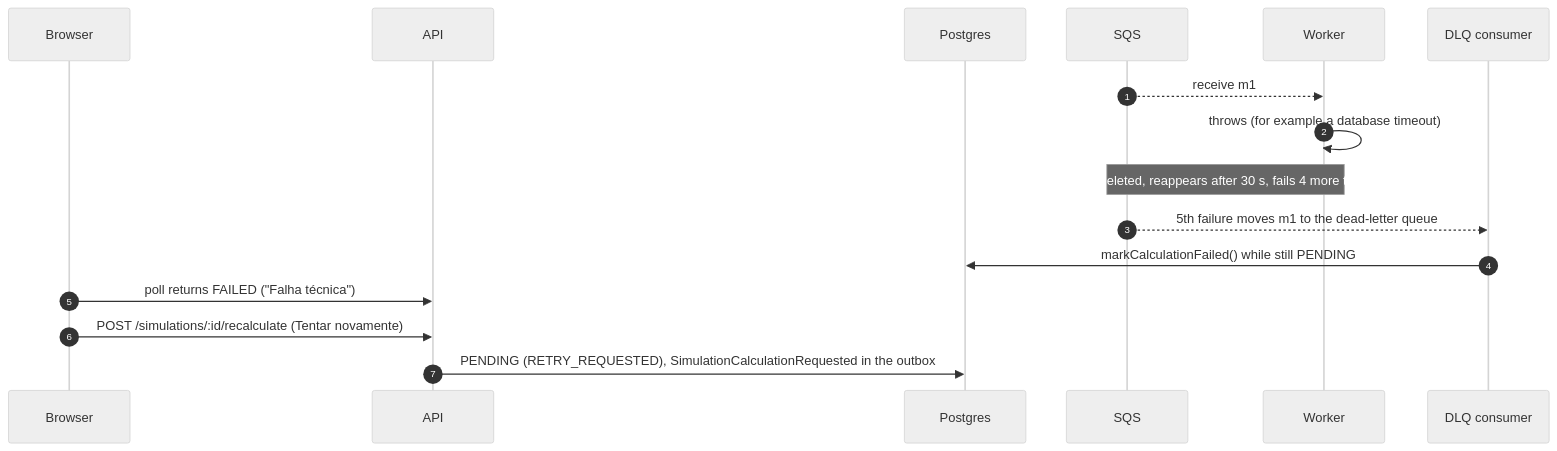
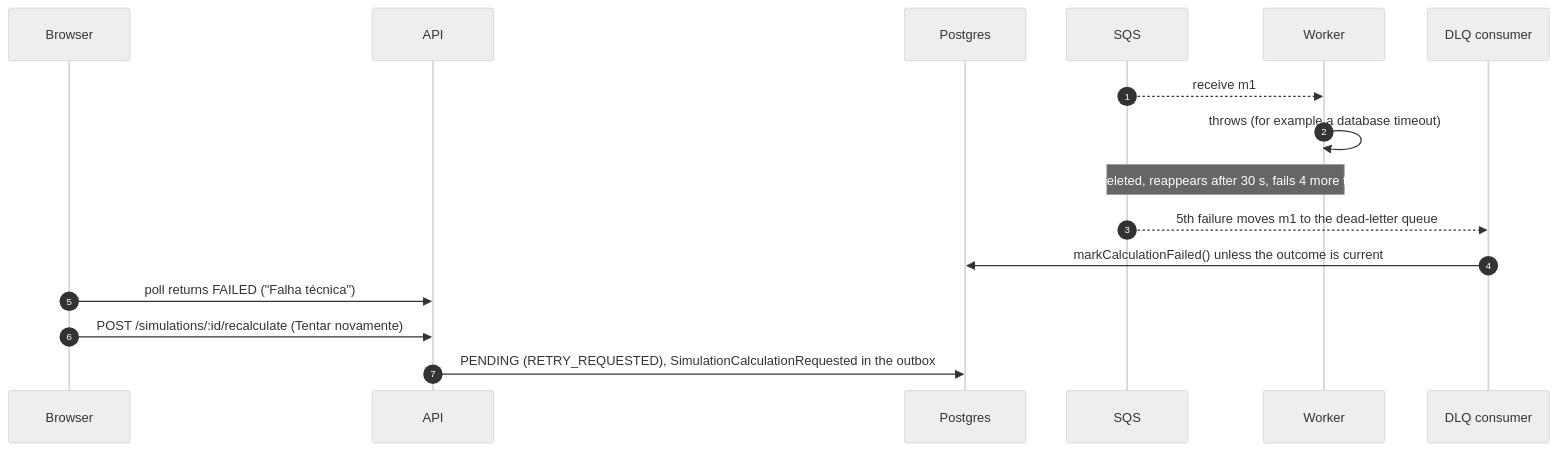
The seventh of 9 diagrams in docs/architecture/event-flow.md (Diogo-NB/investflow), drawn with Mermaid (neutral theme) before and after one commit. The commit also changed other lines of this file and 14 other files, not shown here.

````diff
--- a/docs/architecture/event-flow.md
+++ b/docs/architecture/event-flow.md
@@ -253,19 +255,19 @@
 ```mermaid
 sequenceDiagram
   autonumber
   participant B as Browser
   participant A as API
   participant DB as Postgres
   participant Q as SQS
   participant W as Worker
   participant D as DLQ consumer
 
   Q-->>W: receive m1
   W->>W: throws (for example a database timeout)
   Note over Q,W: not deleted, reappears after 30 s, fails 4 more times
   Q-->>D: 5th failure moves m1 to the dead-letter queue
-  D->>DB: markCalculationFailed() while still PENDING
+  D->>DB: markCalculationFailed() unless the outcome is current
   B->>A: poll returns FAILED ("Falha técnica")
   B->>A: POST /simulations/:id/recalculate (Tentar novamente)
   A->>DB: PENDING (RETRY_REQUESTED), SimulationCalculationRequested in the outbox
 ```
````
